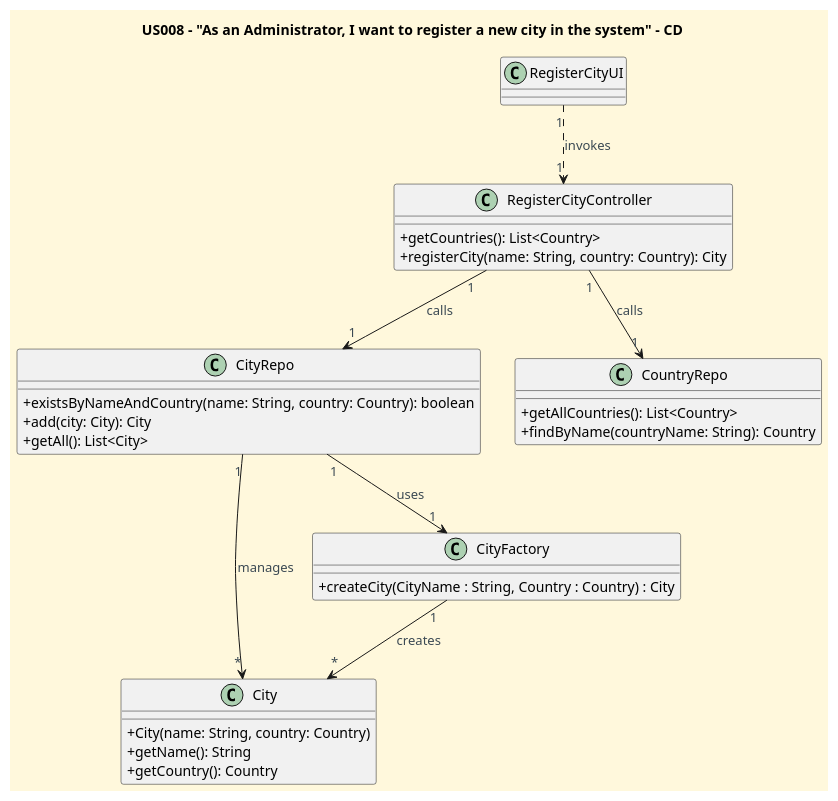
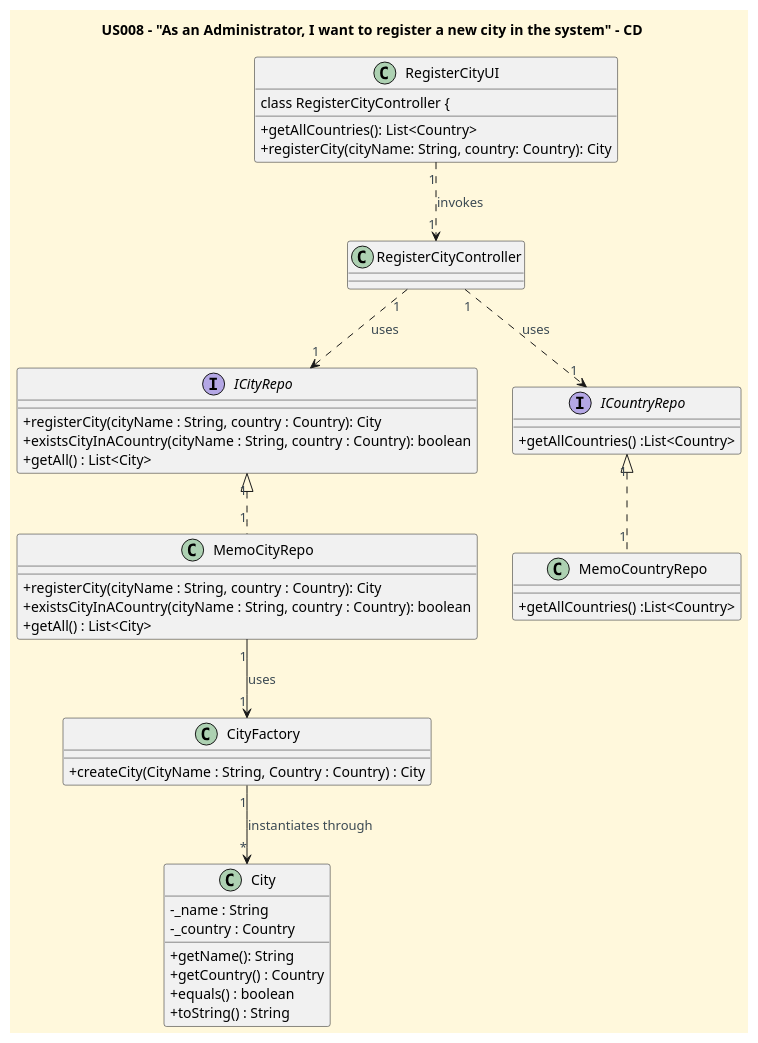
Before and after one commit to CarolinaLeite-collab/JavaMarketplacePlatform: the diagram in docs/userStories/US008/US008_register_a_city_CD.puml, drawn with PlantUML. The commit also changed 1 other file, not shown here.

```diff
--- a/docs/userStories/US008/US008_register_a_city_CD.puml
+++ b/docs/userStories/US008/US008_register_a_city_CD.puml
@@ -1,55 +1,70 @@
 @startuml
 'https://plantuml.com/class-diagram
 title US008 – "As an Administrator, I want to register a new city in the system" – CD
 
 '==== basic style ====
 skinparam monochrome false
 skinparam shadowing false
 skinparam defaultFontName Futura
 skinparam objectFontSize 20
 skinparam backgroundColor CornSilk
 skinparam objectBackgroundColor WhiteSmoke
 skinparam noteBackgroundColor #FFFFE0
 skinparam ArrowFontColor #3B4953
 skinparam classAttributeIconSize 0
 
-' ===== UI =====
+' ===== Classes =====
 class RegisterCityUI {
 
-}
-' ===== ENTITY =====
-class City {
-  + City(name: String, country: Country)
-  + getName(): String
-  + getCountry(): Country
+class RegisterCityController {
+  + getAllCountries(): List<Country>
+  + registerCity(cityName: String, country: Country): City
 }
 
-' ===== FACTORY =====
+interface ICityRepo {
+  + registerCity(cityName : String, country : Country): City
+  + existsCityInACountry(cityName : String, country : Country): boolean
+  + getAll() : List<City>
+}
+
+class MemoCityRepo {
+  + registerCity(cityName : String, country : Country): City
+  + existsCityInACountry(cityName : String, country : Country): boolean
+  + getAll() : List<City>
+}
+
 class CityFactory {
   + createCity(CityName : String, Country : Country) : City
 }
 
-' ===== REPOSITORY =====
-class CityRepo {
-  + existsByNameAndCountry(name: String, country: Country): boolean
-  + add(city: City): City
-  + getAll(): List<City>
+class City {
+  -_name : String
+  -_country : Country
+  + getName(): String
+  + getCountry() : Country
+  + equals() : boolean
+  + toString() : String
 }
 
-class CountryRepo {
-  + getAllCountries(): List<Country>
-  + findByName(countryName: String): Country
+
+' ===== CountryRepo =====
+interface ICountryRepo{
++ getAllCountries() :List<Country>
 }
 
-class RegisterCityController {
-  + getCountries(): List<Country>
-  + registerCity(name: String, country: Country): City
+class MemoCountryRepo {
++ getAllCountries() :List<Country>
 }
 
+
+' ===== Interactions =====
 RegisterCityUI "1" ..> "1" RegisterCityController : invokes
-RegisterCityController "1" --> "1" CountryRepo : calls
-RegisterCityController "1" --> "1" CityRepo : calls
-CityRepo "1" --> "1"CityFactory: uses
-CityFactory "1" --> "*" City: creates
-CityRepo "1" --> "*" City : manages
+RegisterCityController "1" ..> "1" ICountryRepo : uses
+RegisterCityController "1" ..> "1" ICityRepo : uses
+
+ICityRepo "1" <|.. "1"MemoCityRepo
+MemoCityRepo "1" --> "1" CityFactory : uses
+CityFactory "1" --> "*" City : instantiates through
+
+ICountryRepo "1" <|.. "1"MemoCountryRepo
 @enduml
```
